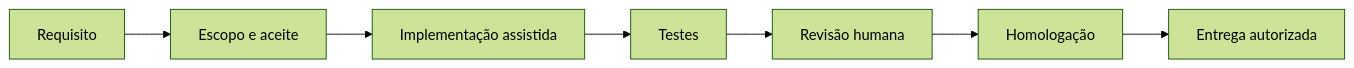
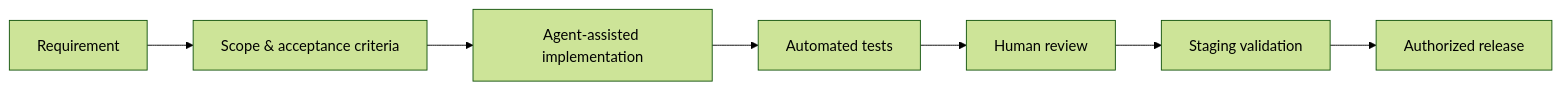
The diagram in projects/ai-engineering.md (wesley-isaias/wesley-isaias), drawn with Mermaid (forest theme) before and after one commit. The commit also changed other lines of this file and 10 other files, not shown here.

````diff
--- a/projects/ai-engineering.md
+++ b/projects/ai-engineering.md
@@ -16,9 +14,9 @@
 ```mermaid
 flowchart LR
-  A[Requisito] --> B[Escopo e aceite]
-  B --> C[Implementação assistida]
-  C --> D[Testes]
-  D --> E[Revisão humana]
-  E --> F[Homologação]
-  F --> G[Entrega autorizada]
+  A[Requirement] --> B[Scope & acceptance criteria]
+  B --> C[Agent-assisted implementation]
+  C --> D[Automated tests]
+  D --> E[Human review]
+  E --> F[Staging validation]
+  F --> G[Authorized release]
 ```
````
